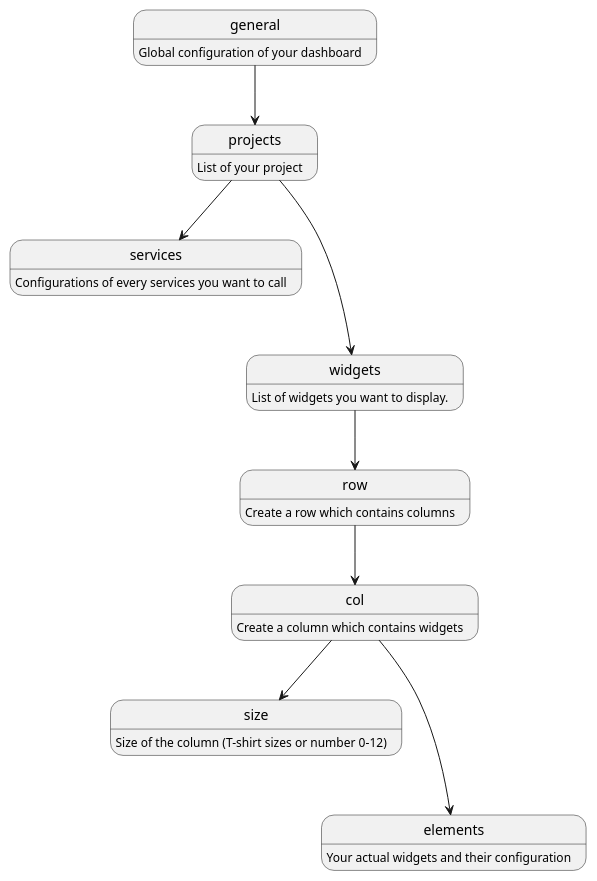
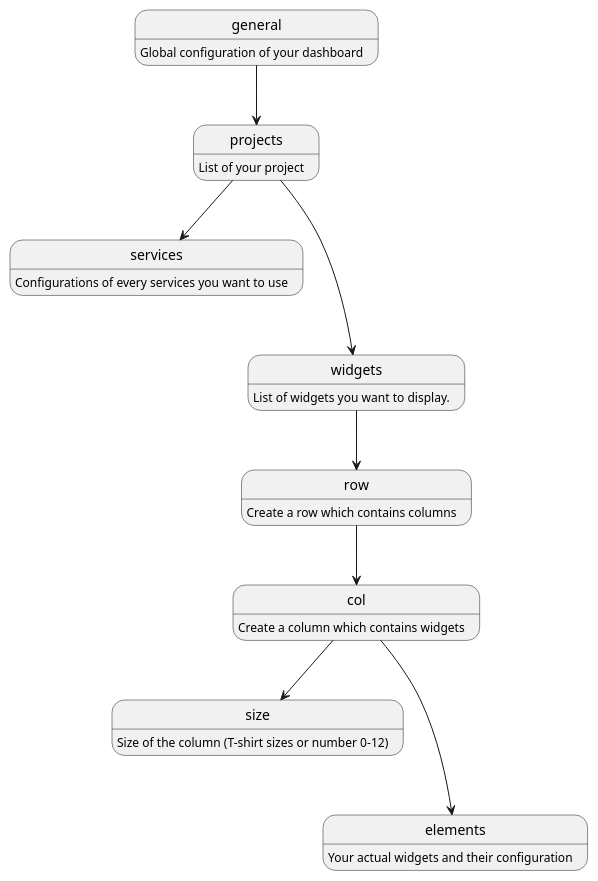
The diagram in README-PREPAR.md (Phantas0s/devdash), drawn with PlantUML before and after one commit. The commit also changed other lines of this file, not shown here.

```diff
--- a/README-PREPAR.md
+++ b/README-PREPAR.md
@@ -80,21 +80,21 @@
 @startuml
 
 general : Global configuration of your dashboard
 projects : List of your project
-services: Configurations of every services you want to call
+services: Configurations of every services you want to use
 widgets: List of widgets you want to display.
 row: Create a row which contains columns
 col: Create a column which contains widgets
 size: Size of the column (T-shirt sizes or number 0-12)
 elements: Your actual widgets and their configuration
 
 
 general-->projects
 projects-->services
 projects--->widgets
 widgets-->row
 row-->col
 col-->size
 col--->elements
 
 @enduml
```
